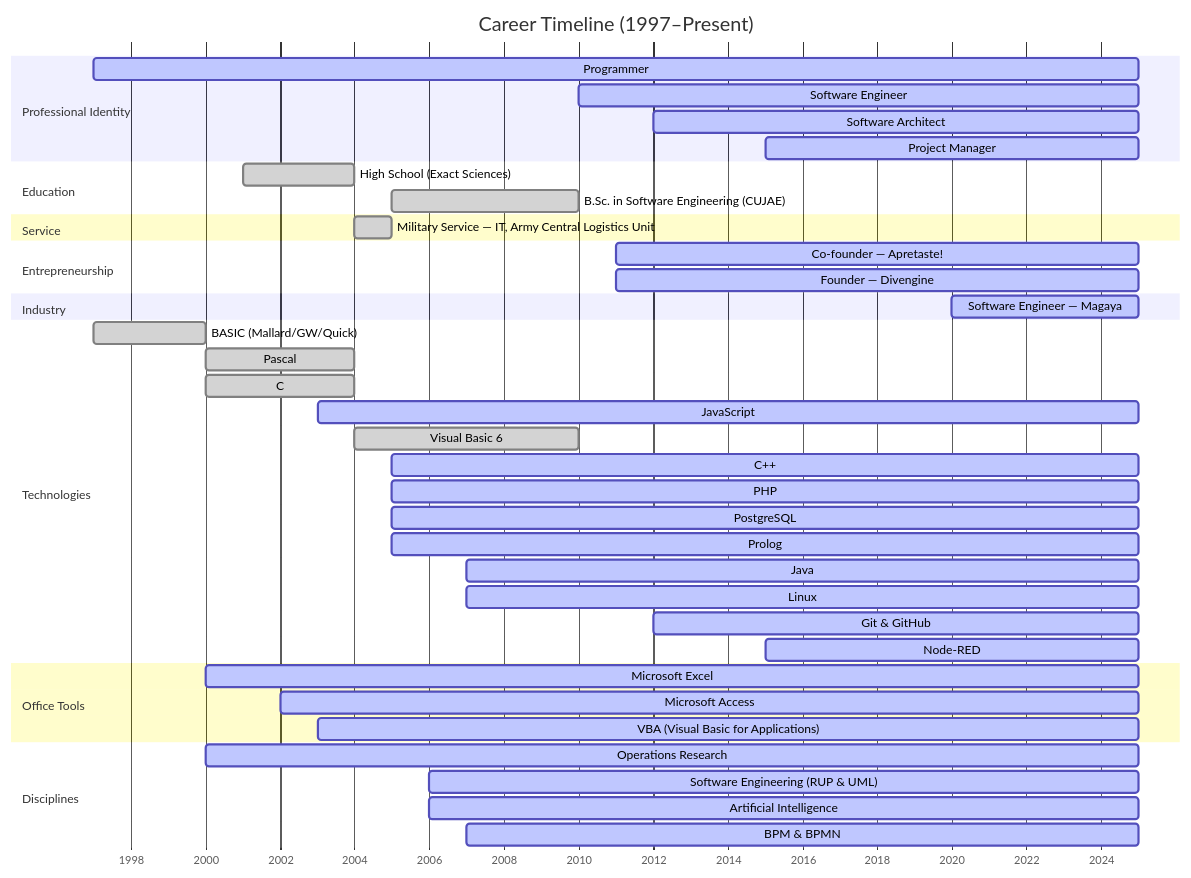
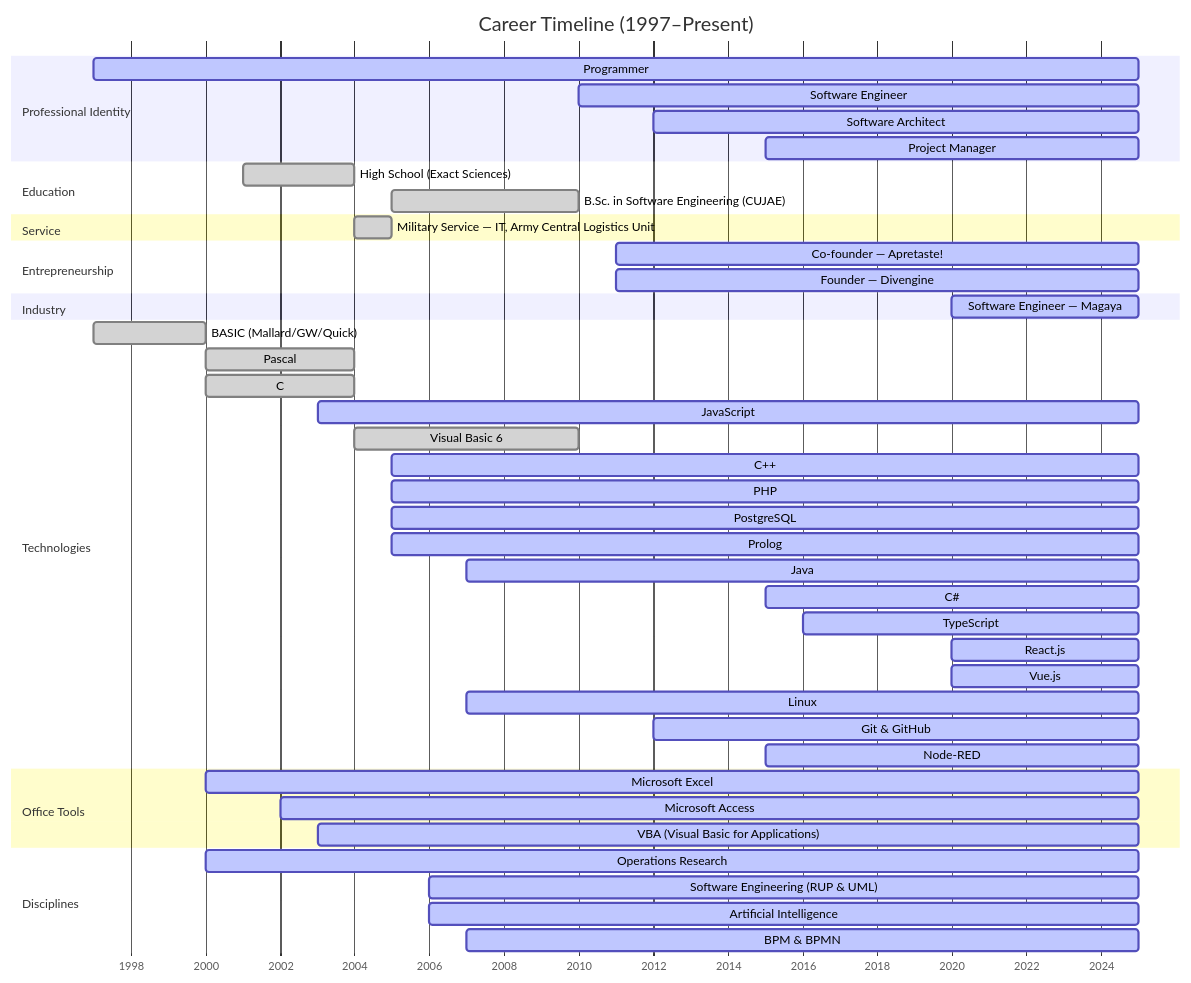
The diagram in README.md (rafageist/rafageist), drawn with Mermaid before and after one commit.

````diff
--- a/README.md
+++ b/README.md
@@ -25,54 +25,59 @@
 ```mermaid
 gantt
   dateFormat  YYYY
   axisFormat  %Y
   title  Career Timeline (1997–Present)
   todayMarker on
 
   section Professional Identity
   Programmer                                :active, se, 1997, 2025
   Software Engineer                         :active, se, 2010, 2025
   Software Architect                        :active, sa, 2012, 2025
   Project Manager                           :active, pm, 2015, 2025
 
   section Education
   High School (Exact Sciences)              :done,  hs, 2001, 2004
   B.Sc. in Software Engineering (CUJAE)     :done,  bs, 2005, 2010
 
   section Service
   Military Service — IT, Army Central Logistics Unit :done, mil, 2004, 2005
 
   section Entrepreneurship
   Co-founder — Apretaste!                   :active, ap, 2011, 2025
   Founder — Divengine                       :active, de, 2011, 2025
 
   section Industry
   Software Engineer — Magaya                :active, mg, 2020, 2025
 
   section Technologies
   BASIC (Mallard/GW/Quick)                  :done,   bas, 1997, 2000
   Pascal                                    :done,   pas, 2000, 2004
   C                                         :done,   c,   2000, 2004
   JavaScript                                :active, js,  2003, 2025
   Visual Basic 6                            :done,   vb6, 2004, 2010
   C++                                       :active, cpp, 2005, 2025
   PHP                                       :active, php, 2005, 2025
   PostgreSQL                                :active, pg,  2005, 2025
   Prolog                                    :active, pl,  2005, 2025
   Java                                      :active, jav, 2007, 2025
+  C#                                        :active, cs,  2015, 2025
+  TypeScript                                :active, ts,  2016, 2025
+  React.js                                  :active, rjs, 2020, 2025
+  Vue.js                                    :active, vjs, 2020, 2025
   Linux                                     :active, lin, 2007, 2025
   Git & GitHub                              :active, git, 2012, 2025
   Node-RED                                  :active, nrd, 2015, 2025
 
   section Office Tools
   Microsoft Excel                           :active, xls, 2000, 2025
   Microsoft Access                          :active, acc, 2002, 2025
   VBA (Visual Basic for Applications)       :active, vba, 2003, 2025
 
   section Disciplines
   Operations Research                       :active, or,  2000, 2025
   Software Engineering (RUP & UML)          :active, rup, 2006, 2025
   Artificial Intelligence                   :active, ai,  2006, 2025
   BPM & BPMN                                :active, bpm, 2007, 2025
 
+
 ```
````
